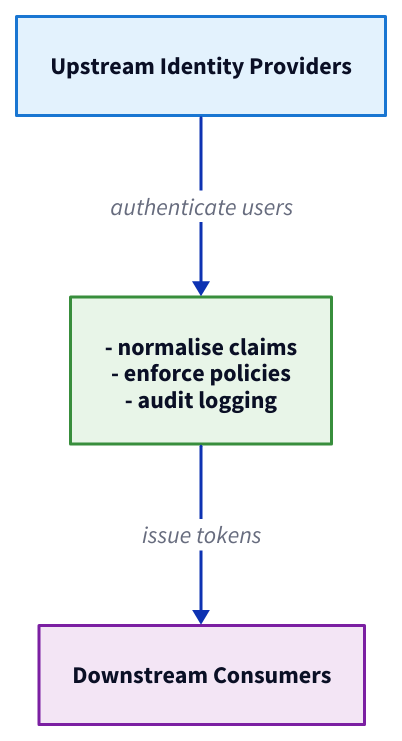
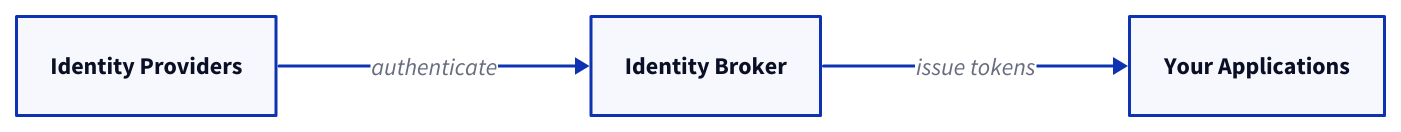
The diagram in reference-architectures/identity-management.md (wagov-dtt/architecture-decision-records), drawn with D2 before and after one commit. The commit also changed other lines of this file and 3 other files, not shown here.

Commit message:
Improved architecture ref diagrams

````diff
--- a/reference-architectures/identity-management.md
+++ b/reference-architectures/identity-management.md
@@ -33,26 +33,10 @@
 ```d2
-providers: Upstream Identity Providers {
-  style: {
-    fill: "#e3f2fd"
-    stroke: "#1976d2"
-  }
-}
+direction: right
 
-broker: Identity Broker {
-  style: {
-    fill: "#e8f5e8"
-    stroke: "#388e3c"
-  }
-}
+providers: Identity Providers
+broker: Identity Broker
+apps: Your Applications
 
-consumers: Downstream Consumers {
-  style: {
-    fill: "#f3e5f5"
-    stroke: "#7b1fa2"
-  }
-}
-
-providers -> broker: authenticate users
-broker -> consumers: issue tokens
-broker: - normalise claims\n- enforce policies\n- audit logging
+providers -> broker: authenticate
+broker -> apps: issue tokens
 ```
````
